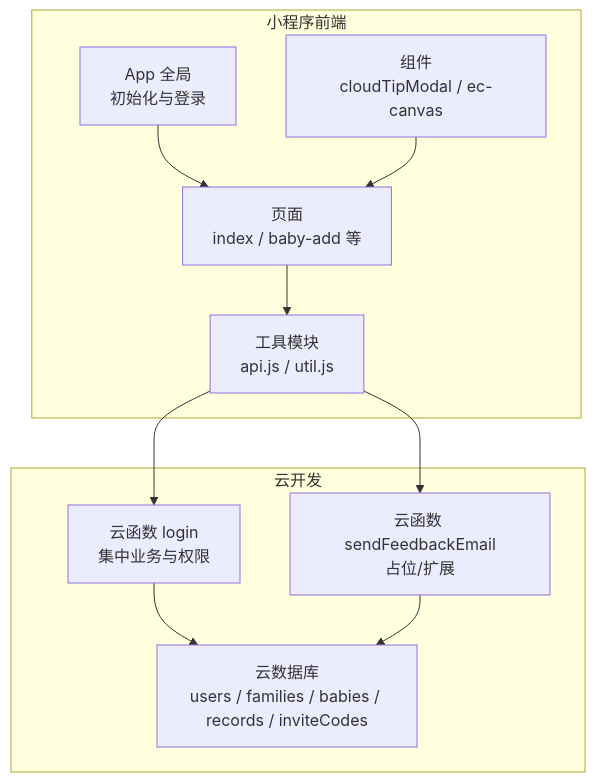
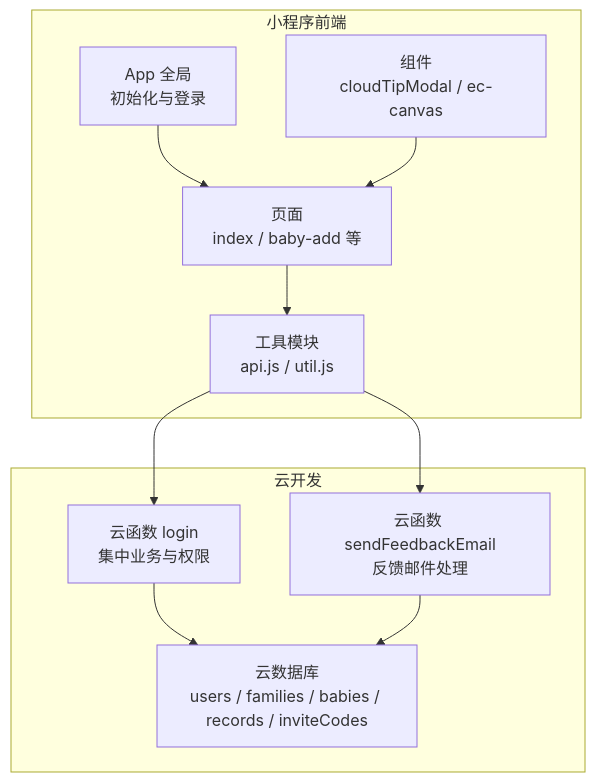
One commit to zhangxin19911211-creator/Project_BabyAssistant changed the first of 5 diagrams in .qoder/repowiki/zh/content/开发最佳实践/开发最佳实践.md. Above: the diagram before and after it, drawn with Mermaid. The commit also changed other lines of this file and 24 other files, not shown here.

````diff
--- a/.qoder/repowiki/zh/content/开发最佳实践/开发最佳实践.md
+++ b/.qoder/repowiki/zh/content/开发最佳实践/开发最佳实践.md
@@ -40,21 +49,21 @@
 ```mermaid
 graph TB
 subgraph "小程序前端"
 APP["App 全局<br/>初始化与登录"]
 PAGES["页面<br/>index / baby-add 等"]
 CMPTS["组件<br/>cloudTipModal / ec-canvas"]
 UTILS["工具模块<br/>api.js / util.js"]
 end
 subgraph "云开发"
 CF_LOGIN["云函数 login<br/>集中业务与权限"]
-CF_EMAIL["云函数 sendFeedbackEmail<br/>占位/扩展"]
+CF_EMAIL["云函数 sendFeedbackEmail<br/>反馈邮件处理"]
 DB["云数据库<br/>users / families / babies / records / inviteCodes"]
 end
 APP --> PAGES
 PAGES --> UTILS
 UTILS --> CF_LOGIN
 UTILS --> CF_EMAIL
 CF_LOGIN --> DB
 CF_EMAIL --> DB
 CMPTS --> PAGES
 ```
````
